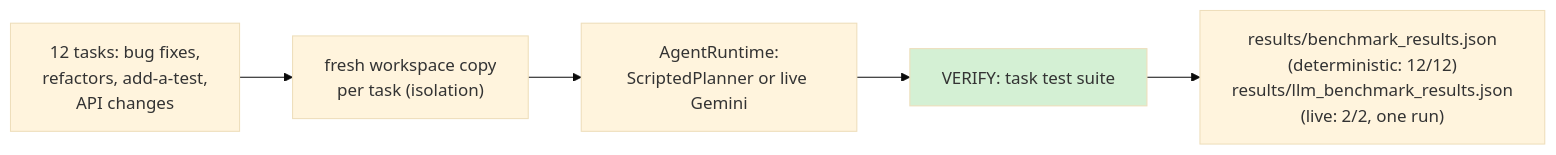
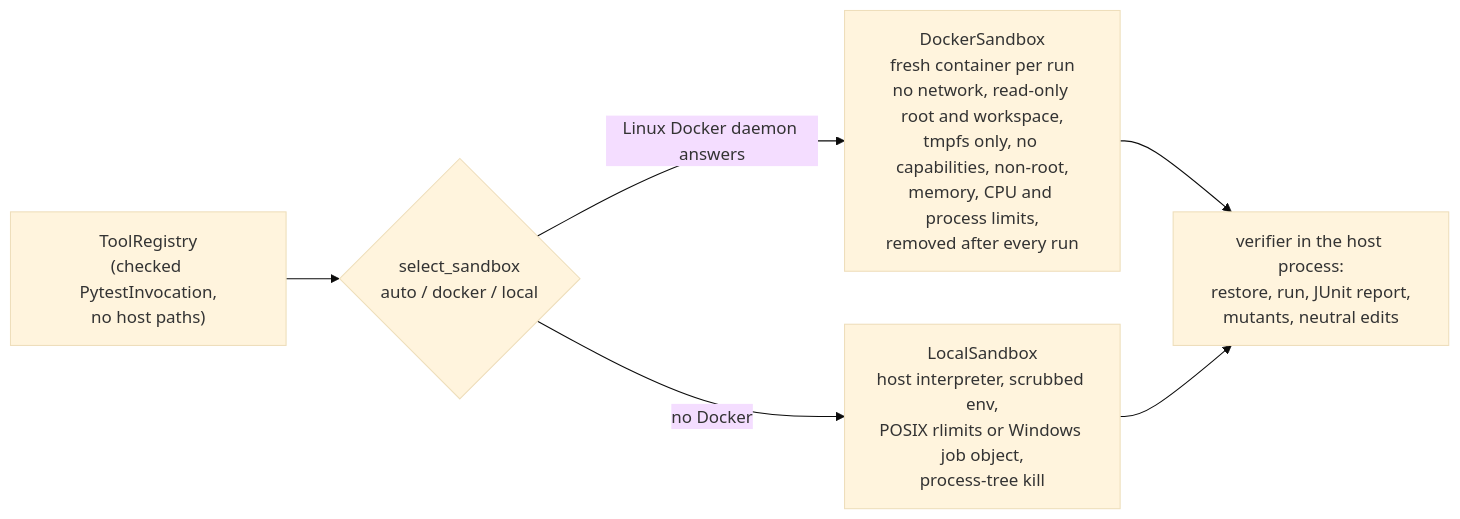
One commit to vaibhav3000/repo-engineer changed the third of 3 diagrams in README.md. Above: the diagram before and after it, drawn with Mermaid (base theme). The commit also changed other lines of this file and 2 other files, not shown here.

First line of the commit message:
Rewrite the README for the Step 2 runtime around generated numbers

````diff
--- a/README.md
+++ b/README.md
@@ -218,8 +108,8 @@
 ```mermaid
 flowchart LR
-    T["12 tasks: bug fixes,<br/>refactors, add-a-test,<br/>API changes"] --> C["fresh workspace copy<br/>per task (isolation)"]
-    C --> R["AgentRuntime:<br/>ScriptedPlanner or live Gemini"]
-    R --> V["VERIFY: task test suite"]
-    V --> RES["results/benchmark_results.json<br/>(deterministic: 12/12)<br/>results/llm_benchmark_results.json<br/>(live: 2/2, one run)"]
-    style V fill:#d4f0d4
+    REG["ToolRegistry<br/>(checked PytestInvocation,<br/>no host paths)"] --> SEL{"select_sandbox<br/>auto / docker / local"}
+    SEL -->|"Linux Docker daemon answers"| D["DockerSandbox<br/>fresh container per run<br/>no network, read-only root and workspace,<br/>tmpfs only, no capabilities, non-root,<br/>memory, CPU and process limits,<br/>removed after every run"]
+    SEL -->|"no Docker"| L["LocalSandbox<br/>host interpreter, scrubbed env,<br/>POSIX rlimits or Windows job object,<br/>process-tree kill"]
+    D --> V["verifier in the host process:<br/>restore, run, JUnit report,<br/>mutants, neutral edits"]
+    L --> V
 ```
````
